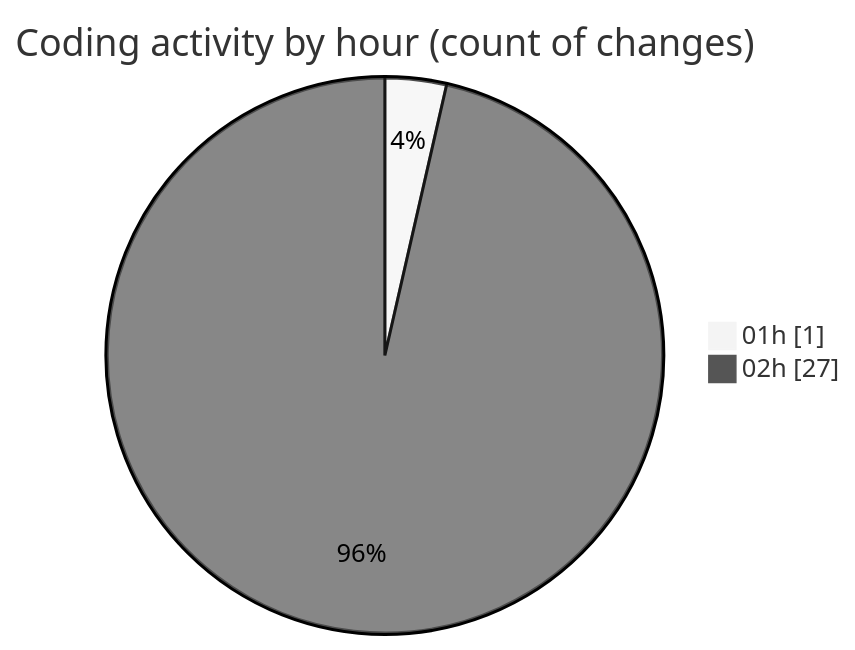
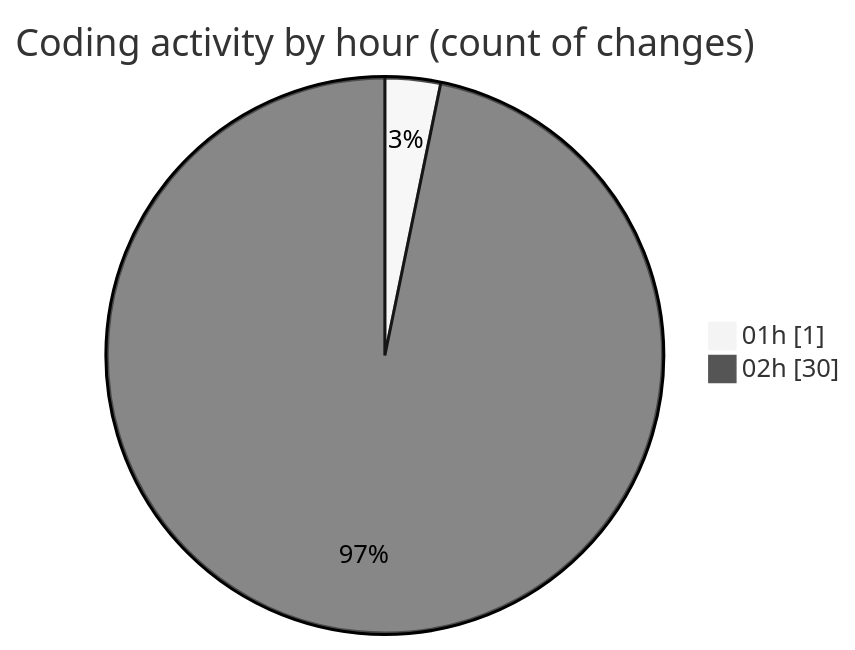
Before and after one commit to donsfak/code-tracking: the second of 2 diagrams in 2025-02-21/uber_clone/README.md, drawn with Mermaid (neutral theme). The commit also changed other lines of this file and 1 other file, not shown here.

````diff
--- a/2025-02-21/uber_clone/README.md
+++ b/2025-02-21/uber_clone/README.md
@@ -35,6 +35,6 @@
 ```mermaid
 pie showData
 title Coding activity by hour (count of changes)
 "01h" : 1
-"02h" : 27
+"02h" : 30
 ```
````
